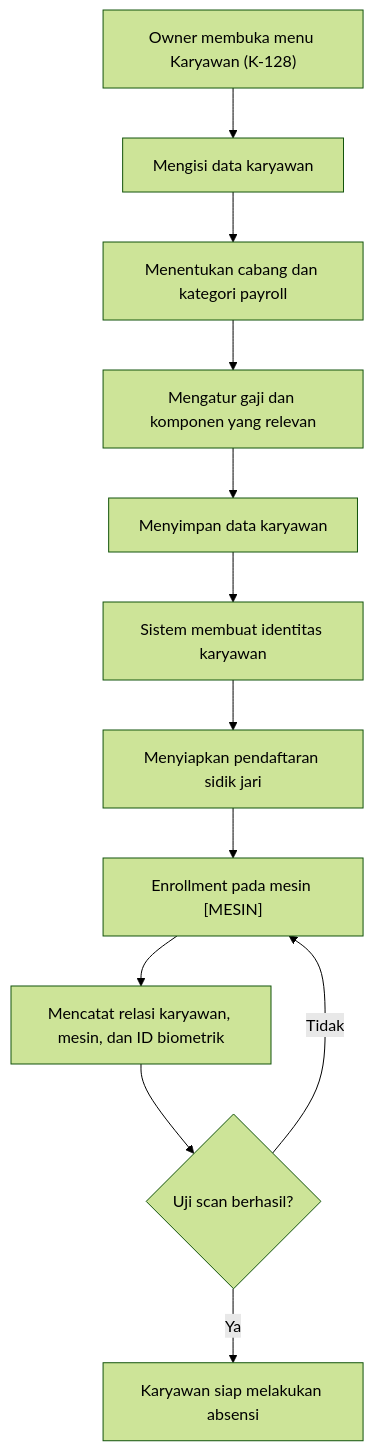
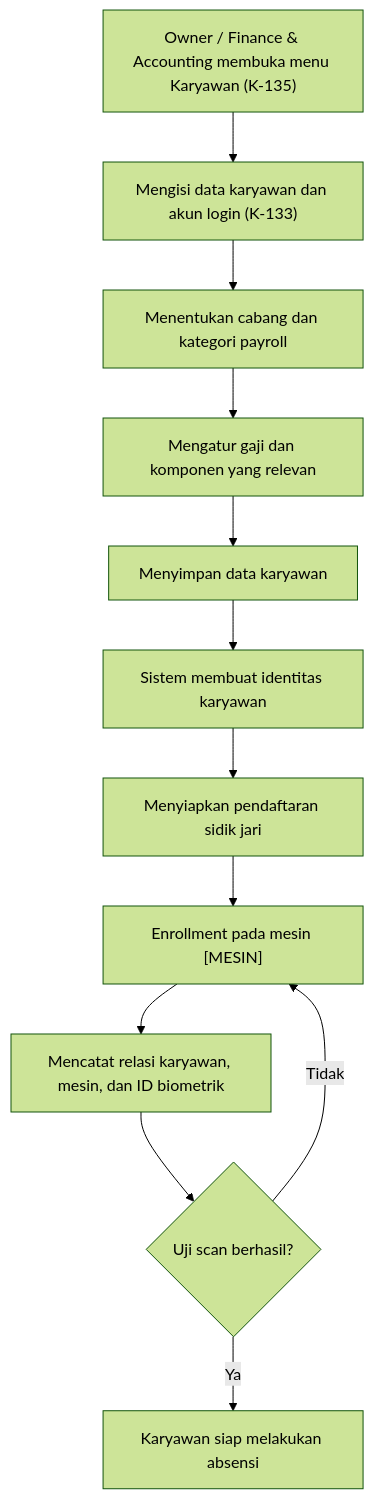
One commit to nflFauzan/Biometric-Attendence-System changed the second of 13 diagrams in docs/alur.md. Above: the diagram before and after it, drawn with Mermaid (forest theme). The commit also changed other lines of this file and 7 other files, not shown here.

````diff
--- a/docs/alur.md
+++ b/docs/alur.md
@@ -63,14 +63,14 @@
 ```mermaid
 flowchart TD
-    A["Owner membuka menu Karyawan (K-128)"] --> B["Mengisi data karyawan"]
+    A["Owner / Finance & Accounting membuka menu Karyawan (K-135)"] --> B["Mengisi data karyawan dan akun login (K-133)"]
     B --> C["Menentukan cabang dan kategori payroll"]
     C --> D["Mengatur gaji dan komponen yang relevan"]
     D --> E["Menyimpan data karyawan"]
     E --> F["Sistem membuat identitas karyawan"]
     F --> G["Menyiapkan pendaftaran sidik jari"]
     G --> H["Enrollment pada mesin [MESIN]"]
     H --> I["Mencatat relasi karyawan, mesin, dan ID biometrik"]
     I --> J{"Uji scan berhasil?"}
     J -- "Tidak" --> H
     J -- "Ya" --> K["Karyawan siap melakukan absensi"]
 ```
````
